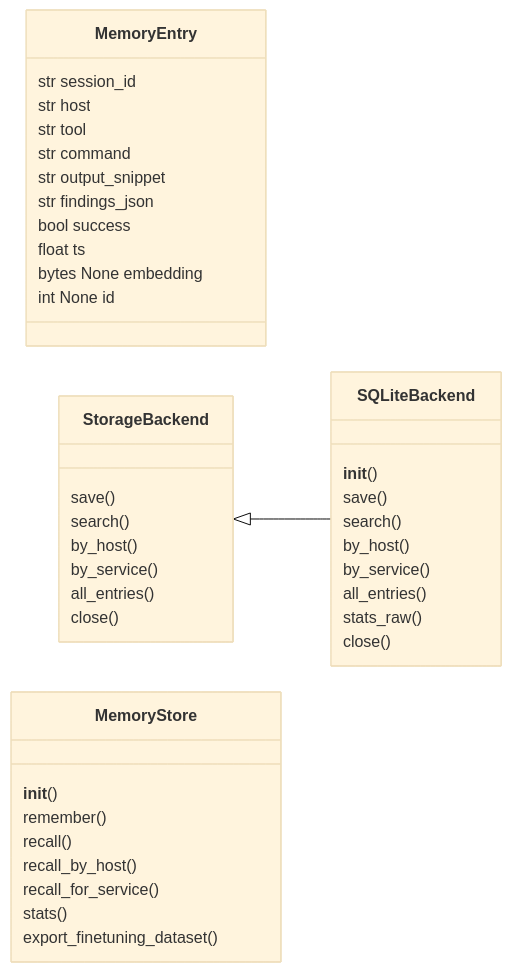
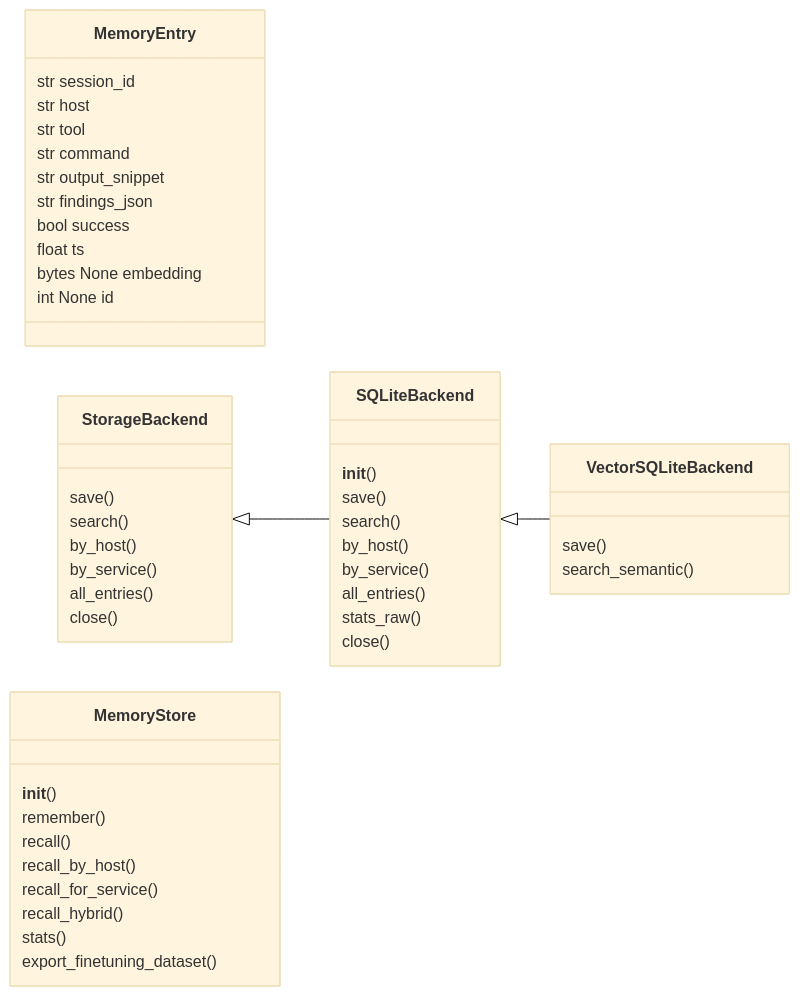
One commit to grisuno/LazyOwn changed the first of 2 diagrams in readmenator-apidocs/modules/modules.memory_store.py.md. Above: the diagram before and after it, drawn with Mermaid (base theme). The commit also changed other lines of this file and 422 other files, not shown here.

````diff
--- a/readmenator-apidocs/modules/modules.memory_store.py.md
+++ b/readmenator-apidocs/modules/modules.memory_store.py.md
@@ -18,40 +18,45 @@
 ```mermaid
 classDiagram
     direction LR
     class MemoryEntry
     MemoryEntry : str session_id
     MemoryEntry : str host
     MemoryEntry : str tool
     MemoryEntry : str command
     MemoryEntry : str output_snippet
     MemoryEntry : str findings_json
     MemoryEntry : bool success
     MemoryEntry : float ts
     MemoryEntry : bytes  None embedding
     MemoryEntry : int  None id
     class StorageBackend
     StorageBackend : save()
     StorageBackend : search()
     StorageBackend : by_host()
     StorageBackend : by_service()
     StorageBackend : all_entries()
     StorageBackend : close()
     class SQLiteBackend
     SQLiteBackend : __init__()
     SQLiteBackend : save()
     SQLiteBackend : search()
     SQLiteBackend : by_host()
     SQLiteBackend : by_service()
     SQLiteBackend : all_entries()
     SQLiteBackend : stats_raw()
     SQLiteBackend : close()
     class MemoryStore
     MemoryStore : __init__()
     MemoryStore : remember()
     MemoryStore : recall()
     MemoryStore : recall_by_host()
     MemoryStore : recall_for_service()
+    MemoryStore : recall_hybrid()
     MemoryStore : stats()
     MemoryStore : export_finetuning_dataset()
+    class VectorSQLiteBackend
+    VectorSQLiteBackend : save()
+    VectorSQLiteBackend : search_semantic()
     StorageBackend <|-- SQLiteBackend
+    SQLiteBackend <|-- VectorSQLiteBackend
 ```
````
